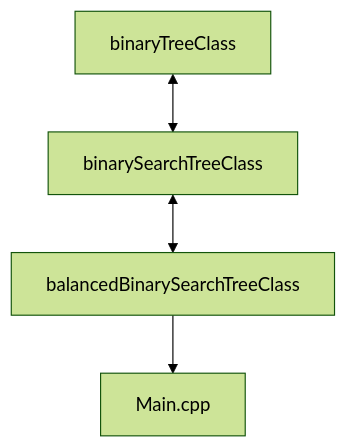
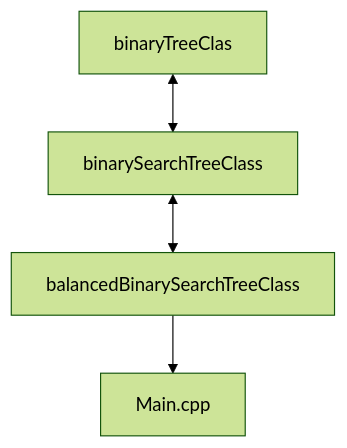
Before and after one commit to SamHammami/COMP318_Proj3: the diagram in README.md, drawn with Mermaid (forest theme). The commit also changed 4 other files, not shown here.

````diff
--- a/README.md
+++ b/README.md
@@ -25,6 +25,6 @@
  ```mermaid
 graph TD;
-    binaryTreeClass<-->binarySearchTreeClass;
+    binaryTreeClas<-->binarySearchTreeClass;
     binarySearchTreeClass<-->balancedBinarySearchTreeClass;
     balancedBinarySearchTreeClass-->Main.cpp;
 ```
````
